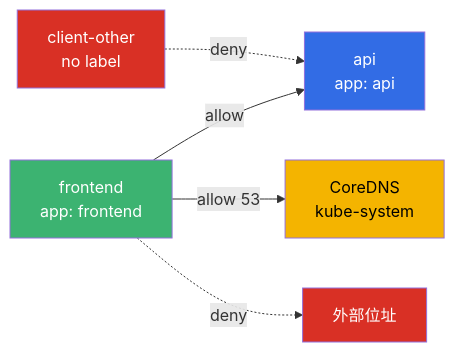
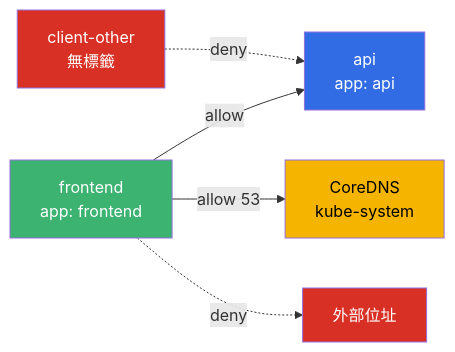
Before and after one commit to ViktorUJ/cks: the first of 2 diagrams in tasks/eks/labs/110/README_TW.MD, drawn with Mermaid. The commit also changed other lines of this file and 221 other files, not shown here.

````diff
--- a/tasks/eks/labs/110/README_TW.MD
+++ b/tasks/eks/labs/110/README_TW.MD
@@ -41,17 +41,17 @@
 ```mermaid
 flowchart LR
     fe["frontend<br>app: frontend"]
     api["api<br>app: api"]
     dns["CoreDNS<br>kube-system"]
-    other["client-other<br>no label"]
+    other["client-other<br>無標籤"]
     ext["外部位址"]
     fe -->|allow| api
     fe -->|allow 53| dns
     fe -.->|deny| ext
     other -.->|deny| api
     style fe fill:#3cb371,color:#fff
     style api fill:#326ce5,color:#fff
     style dns fill:#f4b400,color:#000
     style other fill:#d93025,color:#fff
     style ext fill:#d93025,color:#fff
 ```
````
